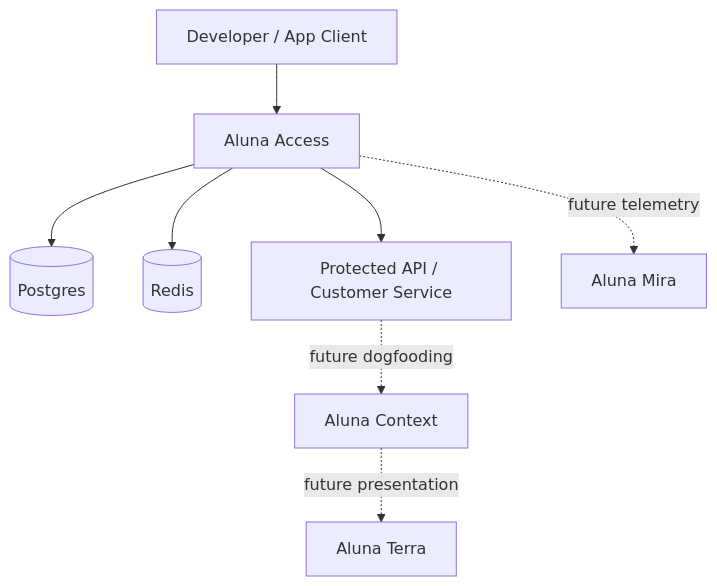
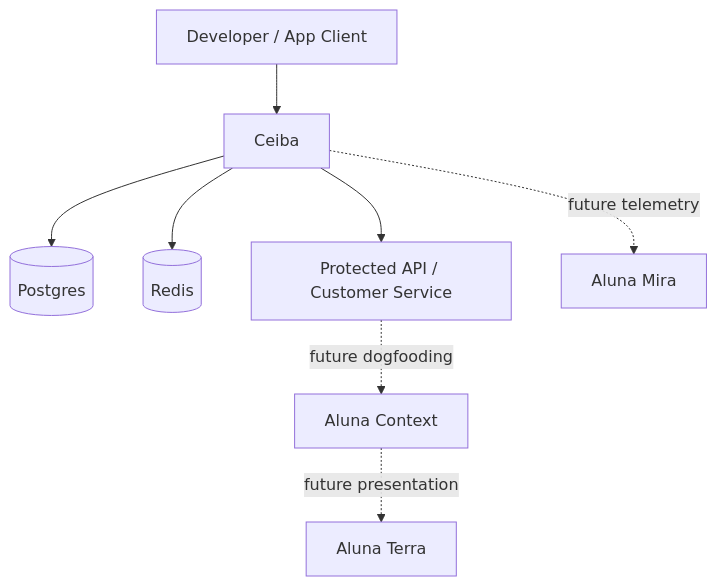
Before and after one commit to davidpal3c/mu-platform_homelab: the diagram in docs/aluna-platform/diagrams/07-minimal-mvp-architecture.md, drawn with Mermaid. The commit also changed 21 other files, not shown here.

````diff
--- a/docs/aluna-platform/diagrams/07-minimal-mvp-architecture.md
+++ b/docs/aluna-platform/diagrams/07-minimal-mvp-architecture.md
@@ -3,13 +3,13 @@
 ```mermaid
 flowchart TB
-    Client["Developer / App Client"] --> Access["Aluna Access"]
+    Client["Developer / App Client"] --> Ceiba["Ceiba"]
 
-    Access --> AccessDB[("Postgres")]
-    Access --> Redis[("Redis")]
+    Ceiba --> AccessDB[("Postgres")]
+    Ceiba --> Redis[("Redis")]
 
-    Access --> ProtectedAPI["Protected API / Customer Service"]
+    Ceiba --> ProtectedAPI["Protected API / Customer Service"]
 
     ProtectedAPI -.->|"future dogfooding"| Context["Aluna Context"]
-    Access -.->|"future telemetry"| Mira["Aluna Mira"]
+    Ceiba -.->|"future telemetry"| Mira["Aluna Mira"]
     Context -.->|"future presentation"| Terra["Aluna Terra"]
 ```
````
